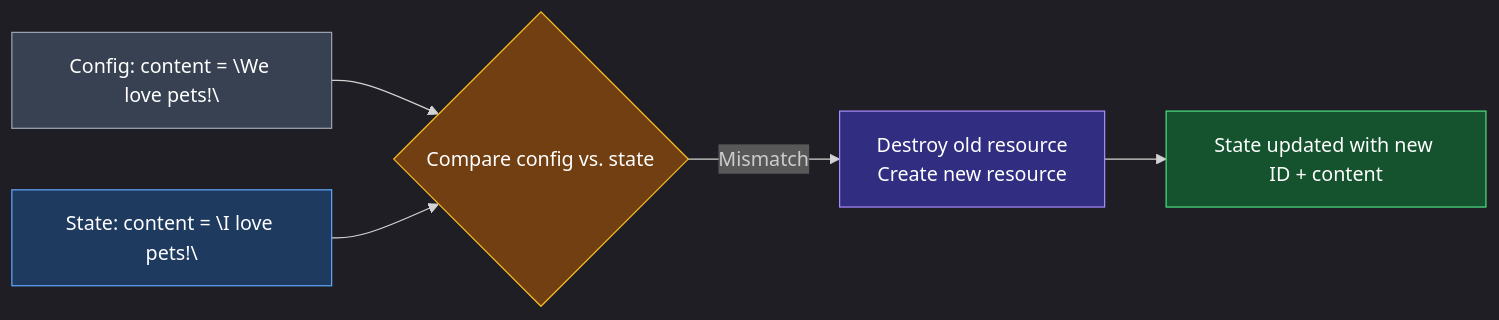
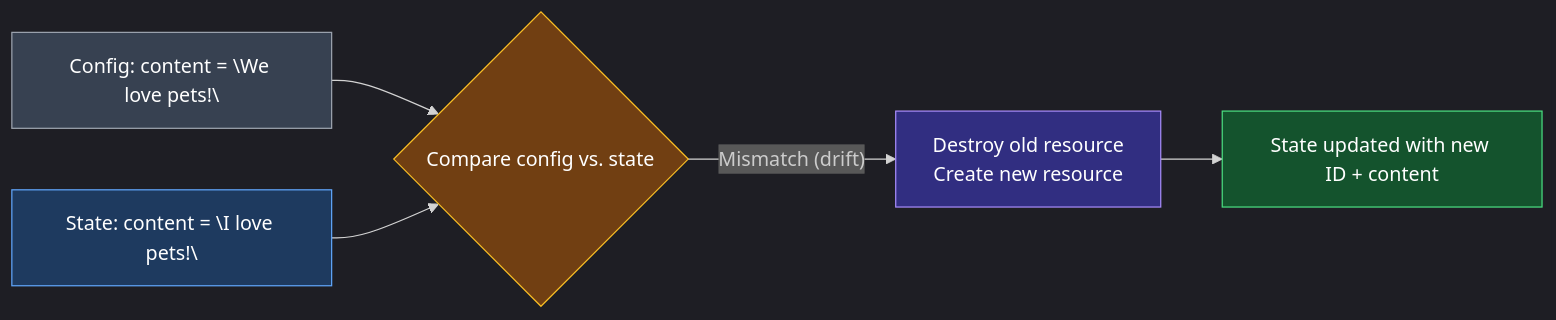
Before and after one commit to nirajp82/Terraform_Basics: the fourth of 4 diagrams in 05_Terraform_State/01_Terraform_State.md, drawn with Mermaid. The commit also changed other lines of this file, not shown here.

````diff
--- a/05_Terraform_State/01_Terraform_State.md
+++ b/05_Terraform_State/01_Terraform_State.md
@@ -182,16 +234,16 @@
 ```mermaid
 %%{init: {'theme': 'dark', 'flowchart': {'htmlLabels': true}}}%%
 flowchart LR
     CONFIG["Config: content = \"We love pets!\""]
     STATEBOX["State: content = \"I love pets!\""]
     CONFIG --> DIFF{"Compare config vs. state"}
     STATEBOX --> DIFF
-    DIFF -->|"Mismatch"| REPLACE["Destroy old resource<br>Create new resource"]
+    DIFF -->|"Mismatch (drift)"| REPLACE["Destroy old resource<br>Create new resource"]
     REPLACE --> NEWSTATE["State updated with new ID + content"]
 
     style CONFIG fill:#374151,stroke:#9ca3af,color:#ffffff
     style STATEBOX fill:#1e3a5f,stroke:#60a5fa,color:#ffffff
     style DIFF fill:#713f12,stroke:#fbbf24,color:#ffffff
     style REPLACE fill:#312e81,stroke:#a78bfa,color:#ffffff
     style NEWSTATE fill:#14532d,stroke:#4ade80,color:#ffffff
 ```
````
